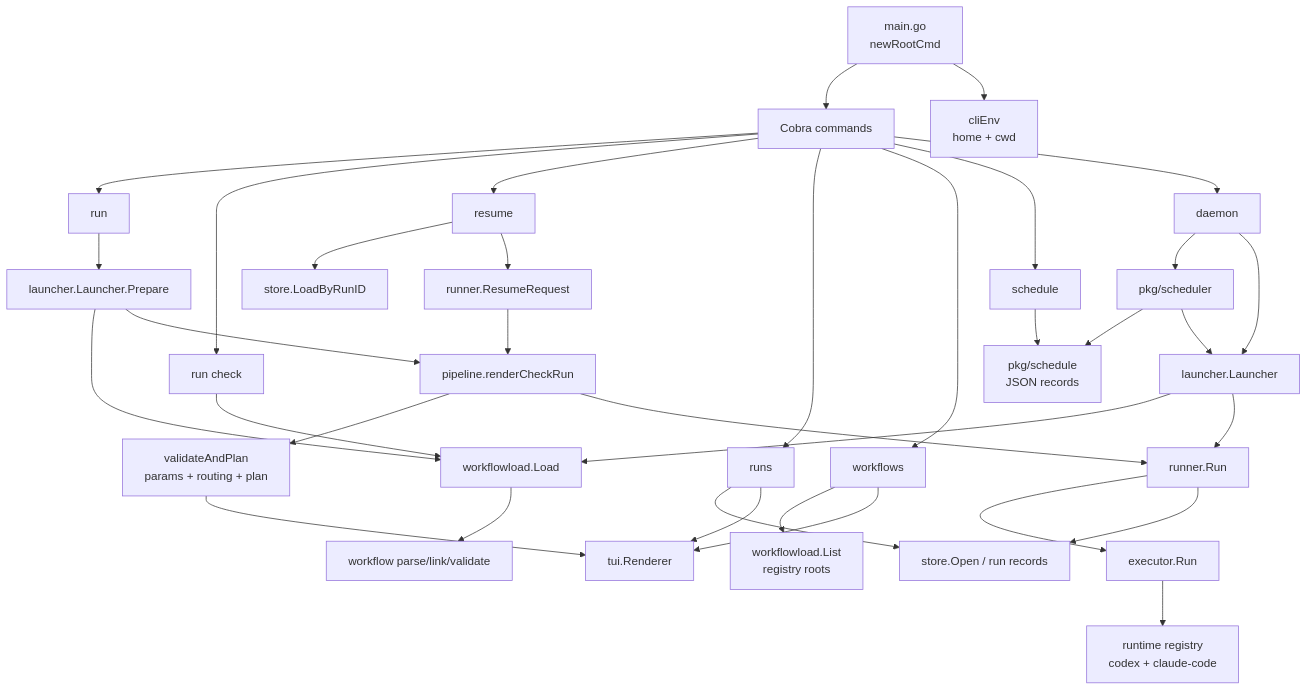
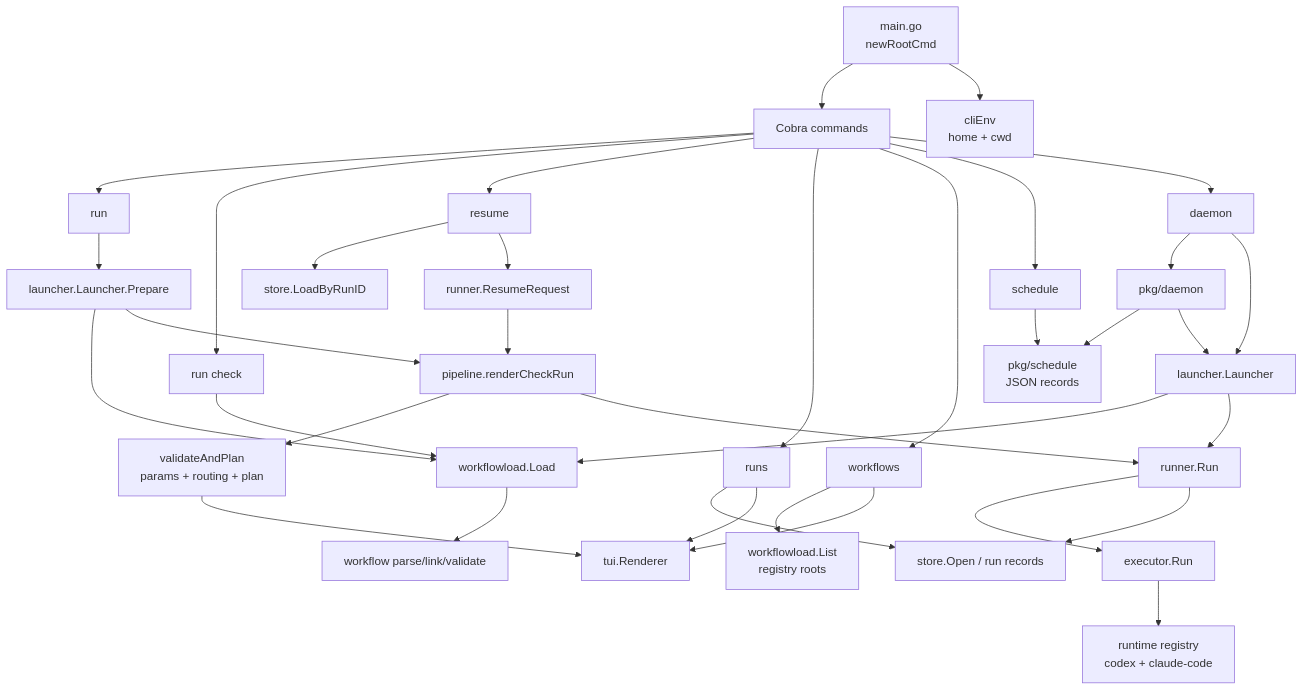
The first of 4 diagrams in docs/cmd-loom-implementation.md (mcuste/loom), drawn with Mermaid before and after one commit. The commit also changed other lines of this file and 21 other files, not shown here.

First line of the commit message:
[daemon] replace scheduler with watched daemon

````diff
--- a/docs/cmd-loom-implementation.md
+++ b/docs/cmd-loom-implementation.md
@@ -6,44 +6,44 @@
 ```mermaid
 flowchart TD
   A["main.go<br/>newRootCmd"] --> B["Cobra commands"]
   A --> C["cliEnv<br/>home + cwd"]
 
   B --> R["run"]
   B --> CH["run check"]
   B --> RE["resume"]
   B --> RS["runs"]
   B --> WF["workflows"]
   B --> SC["schedule"]
   B --> D["daemon"]
 
   R --> PREP["launcher.Launcher.Prepare"]
   PREP --> L["workflowload.Load"]
   PREP --> P
   CH --> L
   RE --> ST["store.LoadByRunID"]
   RE --> RR["runner.ResumeRequest"]
   RR --> P["pipeline.renderCheckRun"]
 
   L --> W["workflow parse/link/validate"]
   P --> VP["validateAndPlan<br/>params + routing + plan"]
   VP --> TUI["tui.Renderer"]
   P --> RUN["runner.Run"]
 
   RUN --> EX["executor.Run"]
   RUN --> STORE["store.Open / run records"]
   EX --> RT["runtime registry<br/>codex + claude-code"]
 
   RS --> STORE
   RS --> TUI
 
   WF --> REG["workflowload.List<br/>registry roots"]
   WF --> TUI
 
   SC --> SCHED["pkg/schedule<br/>JSON records"]
-  D --> IS["pkg/scheduler"]
+  D --> DAEMON["pkg/daemon"]
   D --> LAUNCH["launcher.Launcher"]
-  IS --> SCHED
-  IS --> LAUNCH
+  DAEMON --> SCHED
+  DAEMON --> LAUNCH
   LAUNCH --> L
   LAUNCH --> RUN
 ```
````
